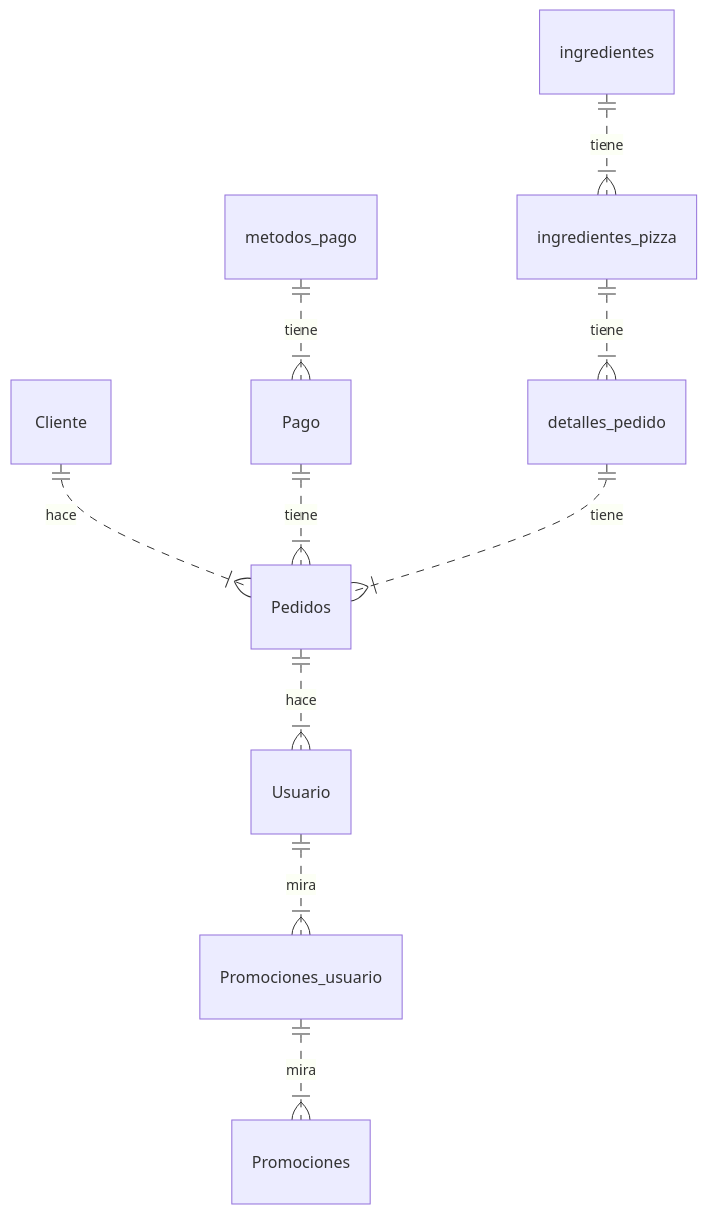
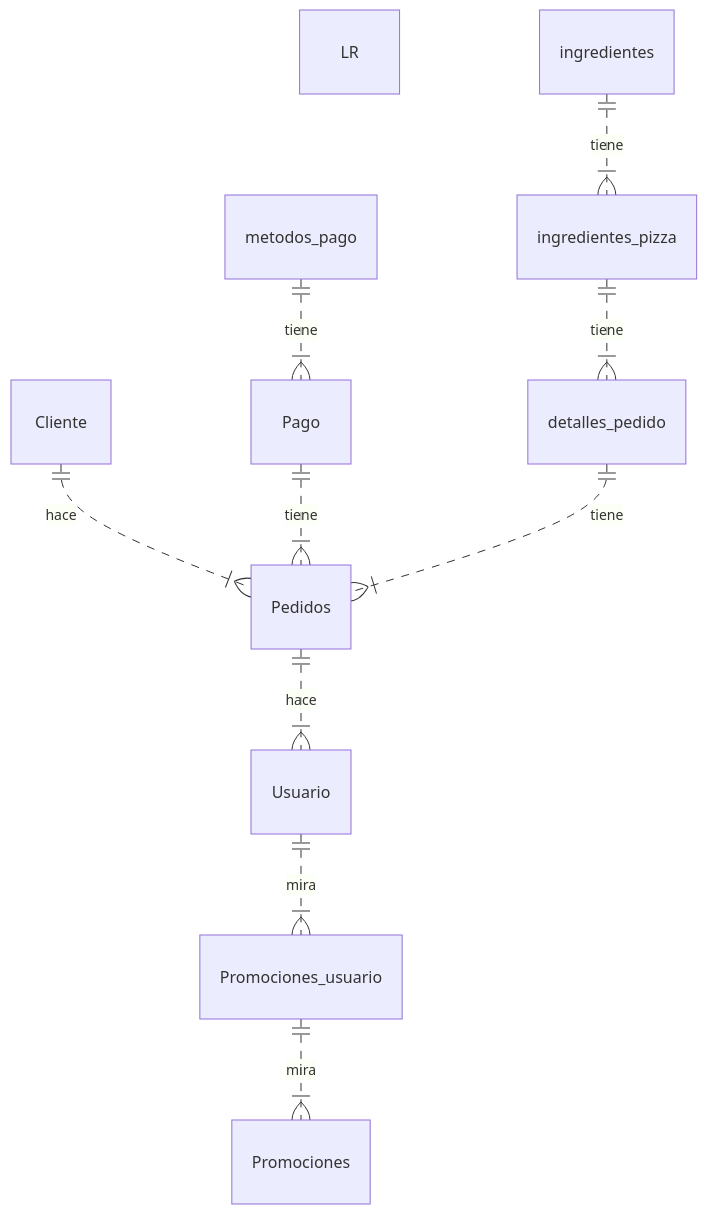
The third of 6 diagrams in README.md (JulianCamachoCalle/DonnaPizza2), drawn with Mermaid before and after one commit.

````diff
--- a/README.md
+++ b/README.md
@@ -488,36 +488,36 @@
 ``` mermaid
-erDiagram
+erDiagram LR
     Cliente {
     }
 
     Pedidos {
     }
 
     Cliente ||..|{ Pedidos: hace
 
     Usuario{
     }
 
     Pedidos||..|{Usuario: hace
 
     Promociones_usuario
     Usuario||..|{Promociones_usuario: mira
 
     Promociones
     Promociones_usuario||..|{Promociones: mira
 
     Pago
     Pago||..|{Pedidos: tiene
 
     metodos_pago
     metodos_pago||..|{Pago: tiene
 
     detalles_pedido
     detalles_pedido||..|{Pedidos: tiene
 
     ingredientes_pizza
     ingredientes_pizza||..|{detalles_pedido: tiene
 
     ingredientes
     ingredientes||..|{ingredientes_pizza: tiene
 ``` 
````
